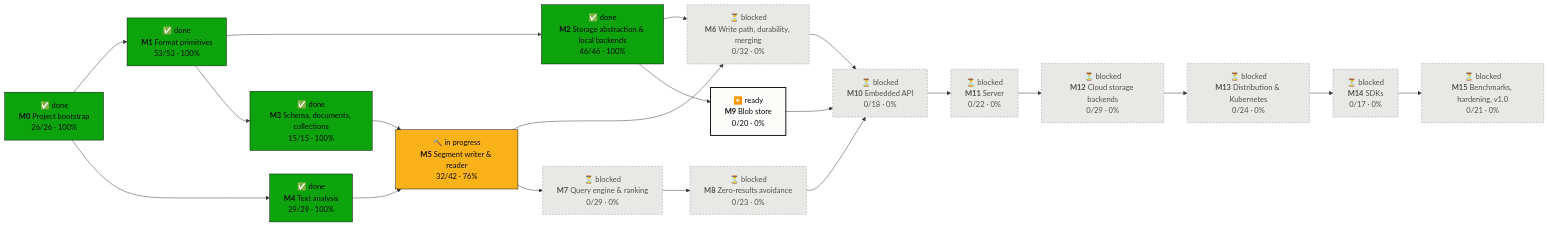
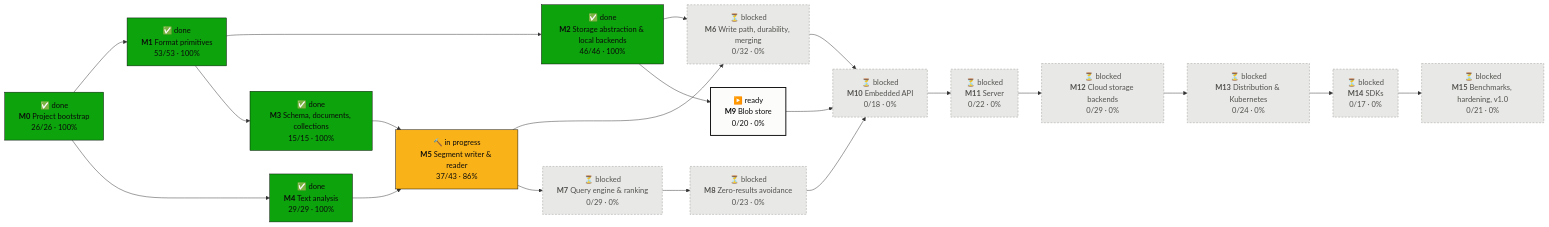
One commit to tomiok/persiaDB changed the first of 2 diagrams in PROGRESS.md. Above: the diagram before and after it, drawn with Mermaid. The commit also changed other lines of this file and 19 other files, not shown here.

First line of the commit message:
Segment tests and an FST crash fix (ROADMAP 5.4.4, 5.5.1–5.5.4) (#28)

````diff
--- a/PROGRESS.md
+++ b/PROGRESS.md
@@ -16,42 +16,42 @@
 ```mermaid
 flowchart LR
   M0["✅ done<br/><b>M0</b> Project bootstrap<br/>26/26 · 100%"]:::done
   M1["✅ done<br/><b>M1</b> Format primitives<br/>53/53 · 100%"]:::done
   M2["✅ done<br/><b>M2</b> Storage abstraction & local backends<br/>46/46 · 100%"]:::done
   M3["✅ done<br/><b>M3</b> Schema, documents, collections<br/>15/15 · 100%"]:::done
   M4["✅ done<br/><b>M4</b> Text analysis<br/>29/29 · 100%"]:::done
-  M5["🔨 in progress<br/><b>M5</b> Segment writer & reader<br/>32/42 · 76%"]:::doing
+  M5["🔨 in progress<br/><b>M5</b> Segment writer & reader<br/>37/43 · 86%"]:::doing
   M6["⏳ blocked<br/><b>M6</b> Write path, durability, merging<br/>0/32 · 0%"]:::blocked
   M7["⏳ blocked<br/><b>M7</b> Query engine & ranking<br/>0/29 · 0%"]:::blocked
   M8["⏳ blocked<br/><b>M8</b> Zero-results avoidance<br/>0/23 · 0%"]:::blocked
   M9["▶️ ready<br/><b>M9</b> Blob store<br/>0/20 · 0%"]:::ready
   M10["⏳ blocked<br/><b>M10</b> Embedded API<br/>0/18 · 0%"]:::blocked
   M11["⏳ blocked<br/><b>M11</b> Server<br/>0/22 · 0%"]:::blocked
   M12["⏳ blocked<br/><b>M12</b> Cloud storage backends<br/>0/29 · 0%"]:::blocked
   M13["⏳ blocked<br/><b>M13</b> Distribution & Kubernetes<br/>0/24 · 0%"]:::blocked
   M14["⏳ blocked<br/><b>M14</b> SDKs<br/>0/17 · 0%"]:::blocked
   M15["⏳ blocked<br/><b>M15</b> Benchmarks, hardening, v1.0<br/>0/21 · 0%"]:::blocked
   M0 --> M1
   M1 --> M2
   M1 --> M3
   M0 --> M4
   M3 --> M5
   M4 --> M5
   M2 --> M6
   M5 --> M6
   M5 --> M7
   M7 --> M8
   M2 --> M9
   M6 --> M10
   M8 --> M10
   M9 --> M10
   M10 --> M11
   M11 --> M12
   M12 --> M13
   M13 --> M14
   M14 --> M15
   classDef done fill:#0ca30c,stroke:#0b0b0b,color:#0b0b0b
   classDef doing fill:#fab219,stroke:#0b0b0b,color:#0b0b0b
   classDef ready fill:#fcfcfb,stroke:#0b0b0b,stroke-width:2px,color:#0b0b0b
   classDef blocked fill:#e8e8e6,stroke:#9a9a96,stroke-dasharray:4 3,color:#52514e
 ```
````
